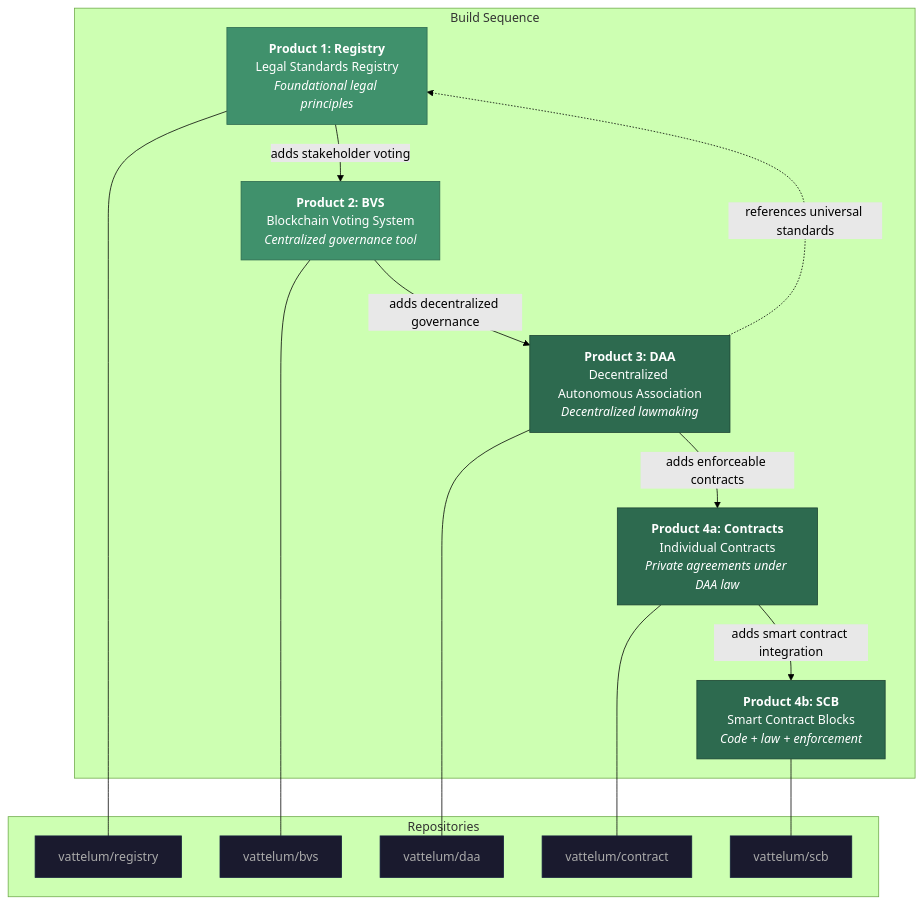
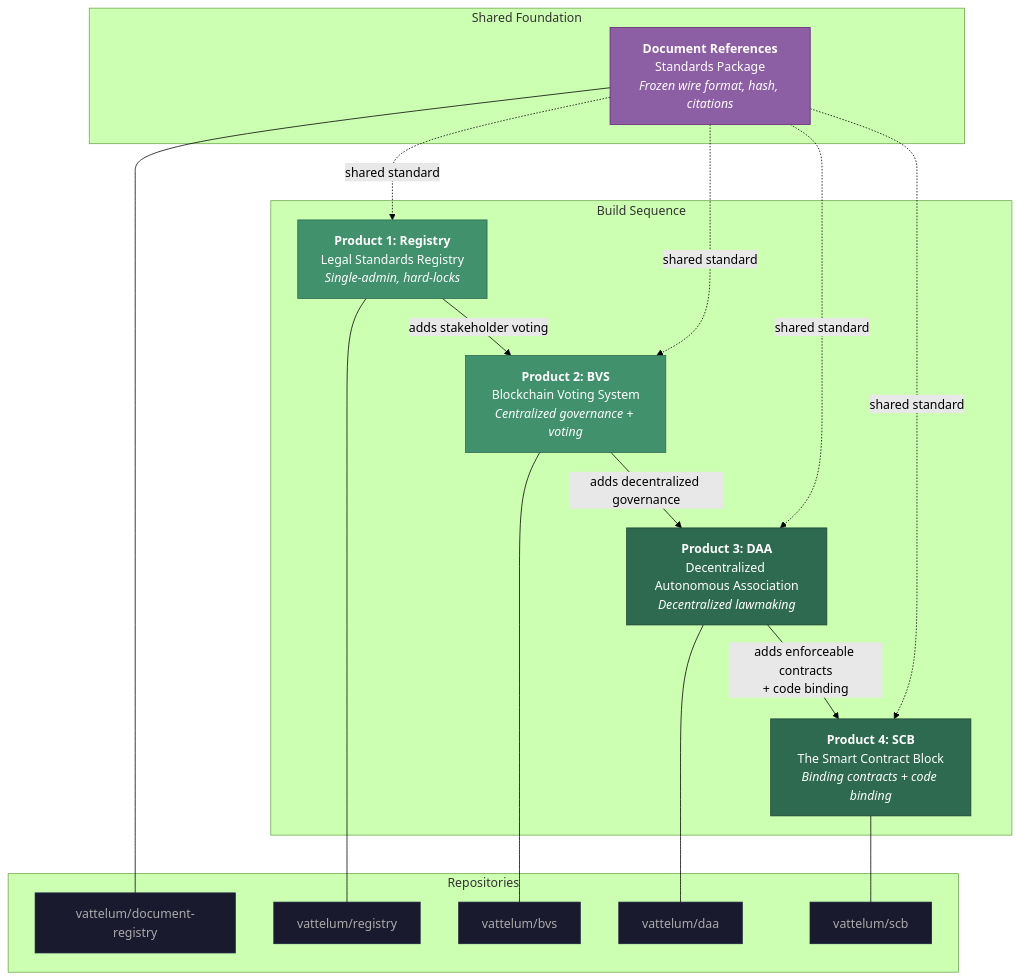
Before and after one commit to vattelum/.github: the diagram in profile/README.md, drawn with Mermaid (forest theme). The commit also changed other lines of this file, not shown here.

````diff
--- a/profile/README.md
+++ b/profile/README.md
@@ -126,41 +153,47 @@
 ```mermaid
 graph TD
+    subgraph "Shared Foundation"
+        P0["<b>Document References</b><br/>Standards Package<br/><i>Frozen wire format, hash, citations</i>"]
+    end
+
     subgraph "Build Sequence"
-        P1["<b>Product 1: Registry</b><br/>Legal Standards Registry<br/><i>Foundational legal principles</i>"]
-        P2["<b>Product 2: BVS</b><br/>Blockchain Voting System<br/><i>Centralized governance tool</i>"]
+        P1["<b>Product 1: Registry</b><br/>Legal Standards Registry<br/><i>Single-admin, hard-locks</i>"]
+        P2["<b>Product 2: BVS</b><br/>Blockchain Voting System<br/><i>Centralized governance + voting</i>"]
         P3["<b>Product 3: DAA</b><br/>Decentralized Autonomous Association<br/><i>Decentralized lawmaking</i>"]
-        P4["<b>Product 4a: Contracts</b><br/>Individual Contracts<br/><i>Private agreements under DAA law</i>"]
-        P5["<b>Product 4b: SCB</b><br/>Smart Contract Blocks<br/><i>Code + law + enforcement</i>"]
+        P4["<b>Product 4: SCB</b><br/>The Smart Contract Block<br/><i>Binding contracts + code binding</i>"]
     end
+
+    P0 -.->|"shared standard"| P1
+    P0 -.->|"shared standard"| P2
+    P0 -.->|"shared standard"| P3
+    P0 -.->|"shared standard"| P4
 
     P1 -->|"adds stakeholder voting"| P2
     P2 -->|"adds decentralized governance"| P3
-    P3 -->|"adds enforceable contracts"| P4
-    P4 -->|"adds smart contract integration"| P5
-    P3 -.->|"references universal standards"| P1
+    P3 -->|"adds enforceable contracts<br/>+ code binding"| P4
 
     subgraph "Repositories"
+        R0["vattelum/document-registry"]
         R1["vattelum/registry"]
         R2["vattelum/bvs"]
         R3["vattelum/daa"]
-        R4["vattelum/contract"]
-        R5["vattelum/scb"]
+        R4["vattelum/scb"]
     end
 
+    P0 --- R0
     P1 --- R1
     P2 --- R2
     P3 --- R3
     P4 --- R4
-    P5 --- R5
 
+    style P0 fill:#8C5EA4,stroke:#68247E,color:#fff
     style P1 fill:#40916c,stroke:#2d6a4f,color:#fff
     style P2 fill:#40916c,stroke:#2d6a4f,color:#fff
     style P3 fill:#2d6a4f,stroke:#1b4332,color:#fff
     style P4 fill:#2d6a4f,stroke:#1b4332,color:#fff
-    style P5 fill:#2d6a4f,stroke:#1b4332,color:#fff
+    style R0 fill:#1a1a2e,stroke:#16213e,color:#aaa
     style R1 fill:#1a1a2e,stroke:#16213e,color:#aaa
     style R2 fill:#1a1a2e,stroke:#16213e,color:#aaa
     style R3 fill:#1a1a2e,stroke:#16213e,color:#aaa
     style R4 fill:#1a1a2e,stroke:#16213e,color:#aaa
-    style R5 fill:#1a1a2e,stroke:#16213e,color:#aaa
 ```
````
